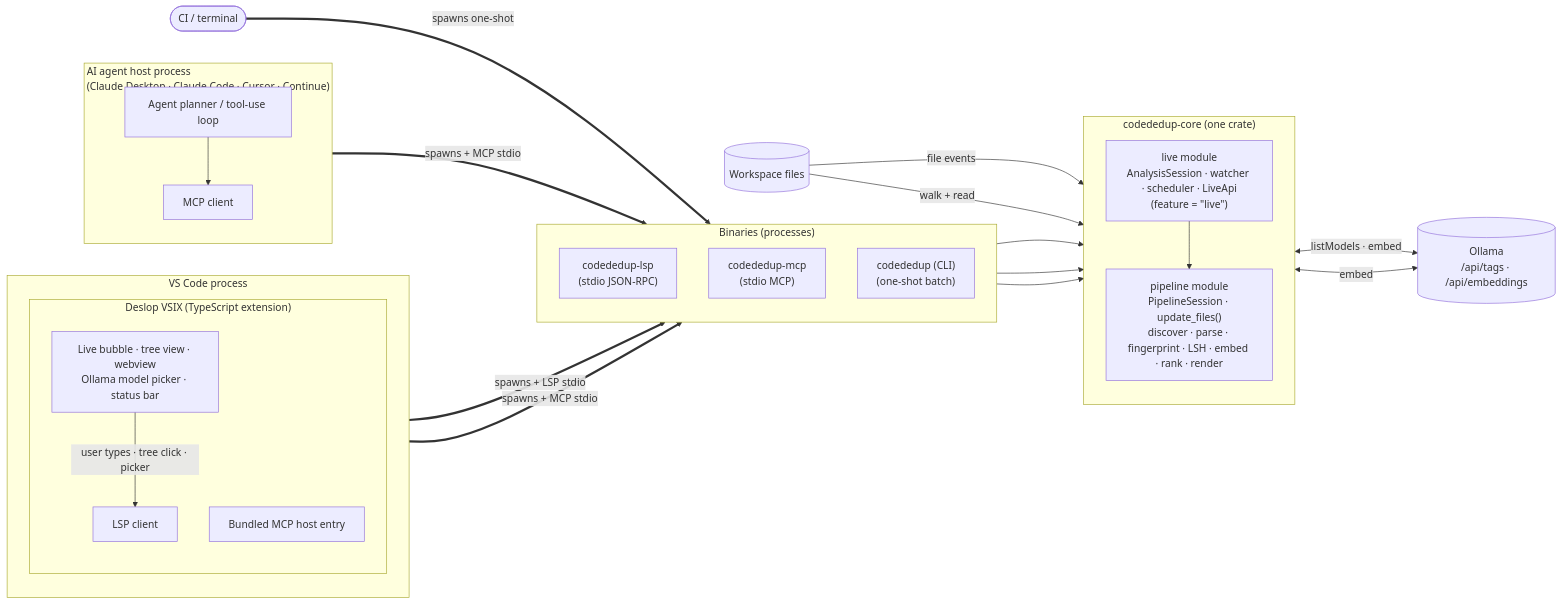
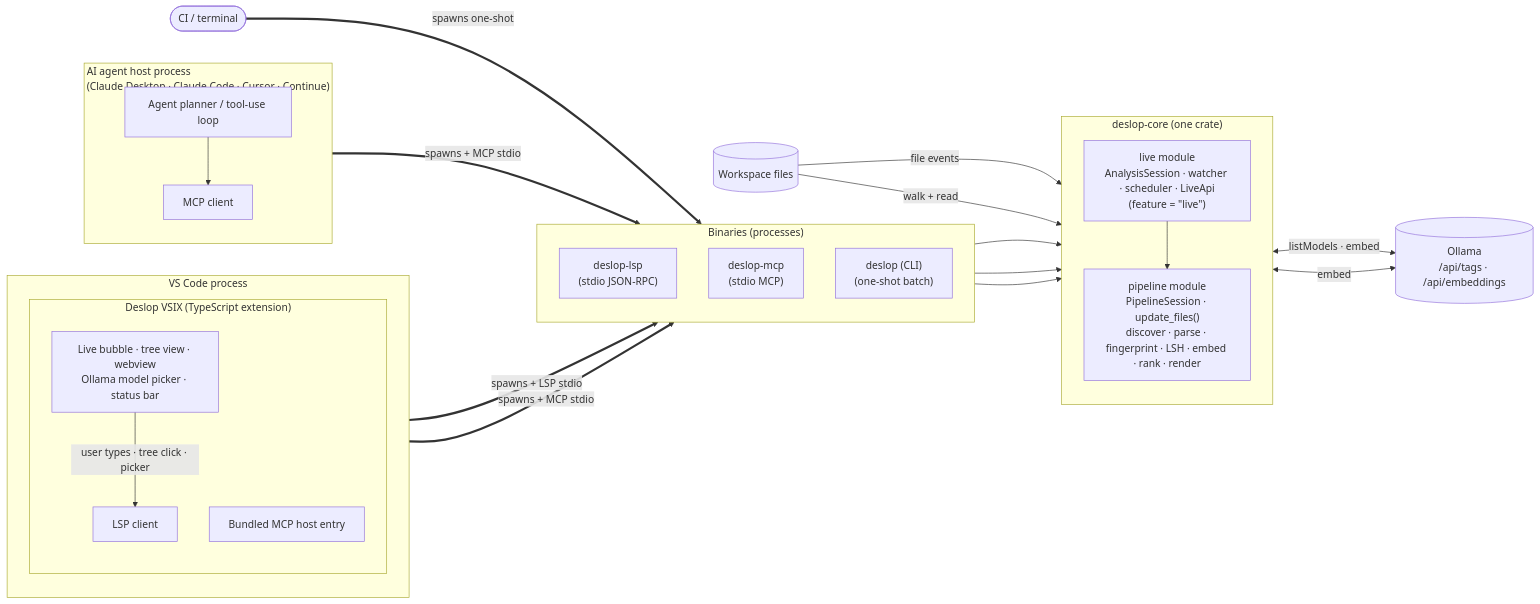
One commit to Nimblesite/Deslop changed the diagram in docs/specs/live.md. Above: the diagram before and after it, drawn with Mermaid. The commit also changed other lines of this file and 51 other files, not shown here.

````diff
--- a/docs/specs/live.md
+++ b/docs/specs/live.md
@@ -20,55 +20,55 @@
 ```mermaid
 flowchart LR
     CI(["CI / terminal"])
 
     subgraph VSCode["VS Code process"]
         direction TB
         subgraph VSIX["Deslop VSIX (TypeScript extension)"]
             direction TB
             UI["Live bubble · tree view · webview<br/>Ollama model picker · status bar"]
             LspClient["LSP client"]
             McpHost["Bundled MCP host entry"]
         end
     end
 
     subgraph AgentHost["AI agent host process<br/>(Claude Desktop · Claude Code · Cursor · Continue)"]
         direction TB
         AgentLoop["Agent planner / tool-use loop"]
         McpClient["MCP client"]
         AgentLoop --> McpClient
     end
 
     subgraph Binaries["Binaries (processes)"]
         direction TB
-        LspBin["codededup-lsp<br/>(stdio JSON-RPC)"]
-        McpBin["codededup-mcp<br/>(stdio MCP)"]
-        CliBin["codededup (CLI)<br/>(one-shot batch)"]
+        LspBin["deslop-lsp<br/>(stdio JSON-RPC)"]
+        McpBin["deslop-mcp<br/>(stdio MCP)"]
+        CliBin["deslop (CLI)<br/>(one-shot batch)"]
     end
 
-    subgraph CoreCrate["codededup-core (one crate)"]
+    subgraph CoreCrate["deslop-core (one crate)"]
         direction TB
         Live["live module<br/>AnalysisSession · watcher · scheduler · LiveApi<br/>(feature = &quot;live&quot;)"]
         Pipeline["pipeline module<br/>PipelineSession · update_files()<br/>discover · parse · fingerprint · LSH · embed · rank · render"]
         Live --> Pipeline
     end
 
     Workspace[(Workspace files)]
     Ollama[(Ollama<br/>/api/tags · /api/embeddings)]
 
     UI -- "user types · tree click · picker" --> LspClient
     LspClient == "spawns + LSP stdio" ==> LspBin
     McpHost == "spawns + MCP stdio" ==> McpBin
 
     McpClient == "spawns + MCP stdio" ==> McpBin
     CI == "spawns one-shot" ==> CliBin
 
     LspBin --> Live
     McpBin --> Live
     CliBin --> Pipeline
 
     Workspace -- "file events" --> Live
     Workspace -- "walk + read" --> Pipeline
 
     Live <-- "listModels · embed" --> Ollama
     Pipeline <-- "embed" --> Ollama
 ```
````
